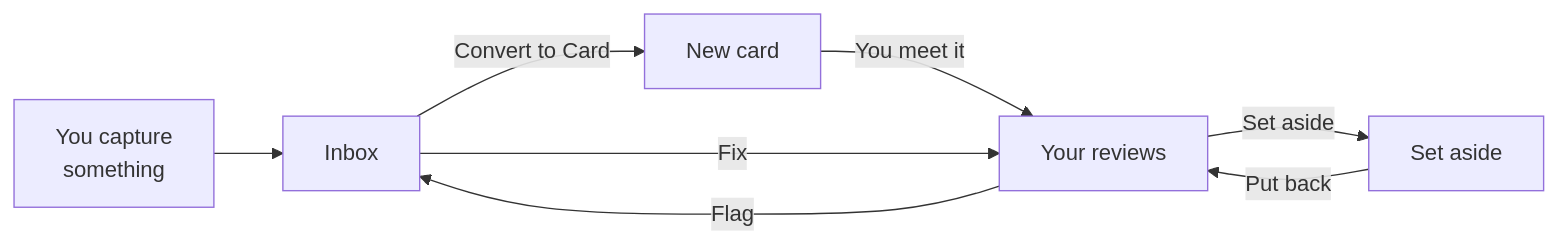
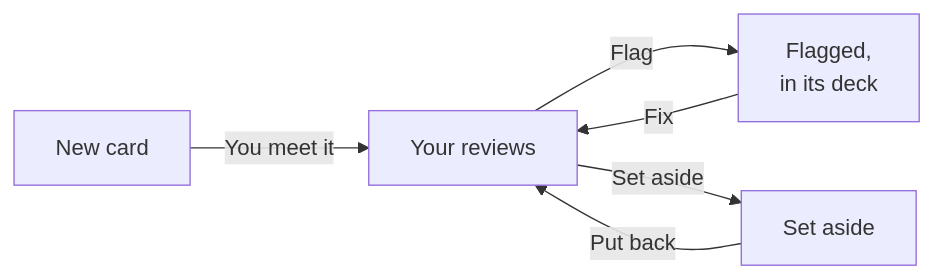
The second of 2 diagrams in README.md (lucastkacz/ficha), drawn with Mermaid before and after one commit. The commit also changed other lines of this file and 42 other files, not shown here.

````diff
--- a/README.md
+++ b/README.md
@@ -72,10 +72,8 @@
 ```mermaid
 flowchart LR
-    capture["You capture<br/>something"] --> inbox["Inbox"]
-    inbox -- "Convert to Card" --> new["New card"]
-    new -- "You meet it" --> reviews["Your reviews"]
-    reviews -- "Flag" --> inbox
-    inbox -- "Fix" --> reviews
+    new["New card"] -- "You meet it" --> reviews["Your reviews"]
+    reviews -- "Flag" --> flagged["Flagged,<br/>in its deck"]
+    flagged -- "Fix" --> reviews
     reviews -- "Set aside" --> aside["Set aside"]
     aside -- "Put back" --> reviews
 ```
````
